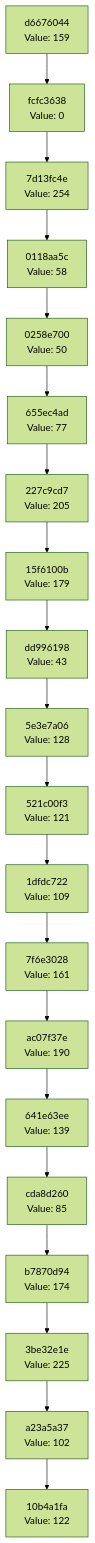
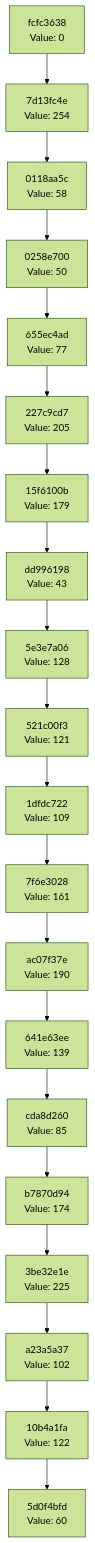
Before and after one commit to Abhisheksinha1506/hash-chain-evolver: the diagram in docs/CHAIN_VISUALIZATION.md, drawn with Mermaid (forest theme). The commit also changed 3 other files, not shown here.

````diff
--- a/docs/CHAIN_VISUALIZATION.md
+++ b/docs/CHAIN_VISUALIZATION.md
@@ -3,42 +3,42 @@
 ```mermaid
 graph TD
-    C0["10b4a1fa<br/>Value: 122"]
-    C1["a23a5a37<br/>Value: 102"]
+    C0["5d0f4bfd<br/>Value: 60"]
+    C1["10b4a1fa<br/>Value: 122"]
     C1 --> C0
-    C2["3be32e1e<br/>Value: 225"]
+    C2["a23a5a37<br/>Value: 102"]
     C2 --> C1
-    C3["b7870d94<br/>Value: 174"]
+    C3["3be32e1e<br/>Value: 225"]
     C3 --> C2
-    C4["cda8d260<br/>Value: 85"]
+    C4["b7870d94<br/>Value: 174"]
     C4 --> C3
-    C5["641e63ee<br/>Value: 139"]
+    C5["cda8d260<br/>Value: 85"]
     C5 --> C4
-    C6["ac07f37e<br/>Value: 190"]
+    C6["641e63ee<br/>Value: 139"]
     C6 --> C5
-    C7["7f6e3028<br/>Value: 161"]
+    C7["ac07f37e<br/>Value: 190"]
     C7 --> C6
-    C8["1dfdc722<br/>Value: 109"]
+    C8["7f6e3028<br/>Value: 161"]
     C8 --> C7
-    C9["521c00f3<br/>Value: 121"]
+    C9["1dfdc722<br/>Value: 109"]
     C9 --> C8
-    C10["5e3e7a06<br/>Value: 128"]
+    C10["521c00f3<br/>Value: 121"]
     C10 --> C9
-    C11["dd996198<br/>Value: 43"]
+    C11["5e3e7a06<br/>Value: 128"]
     C11 --> C10
-    C12["15f6100b<br/>Value: 179"]
+    C12["dd996198<br/>Value: 43"]
     C12 --> C11
-    C13["227c9cd7<br/>Value: 205"]
+    C13["15f6100b<br/>Value: 179"]
     C13 --> C12
-    C14["655ec4ad<br/>Value: 77"]
+    C14["227c9cd7<br/>Value: 205"]
     C14 --> C13
-    C15["0258e700<br/>Value: 50"]
+    C15["655ec4ad<br/>Value: 77"]
     C15 --> C14
-    C16["0118aa5c<br/>Value: 58"]
+    C16["0258e700<br/>Value: 50"]
     C16 --> C15
-    C17["7d13fc4e<br/>Value: 254"]
+    C17["0118aa5c<br/>Value: 58"]
     C17 --> C16
-    C18["fcfc3638<br/>Value: 0"]
+    C18["7d13fc4e<br/>Value: 254"]
     C18 --> C17
-    C19["d6676044<br/>Value: 159"]
+    C19["fcfc3638<br/>Value: 0"]
     C19 --> C18
 ```
````
